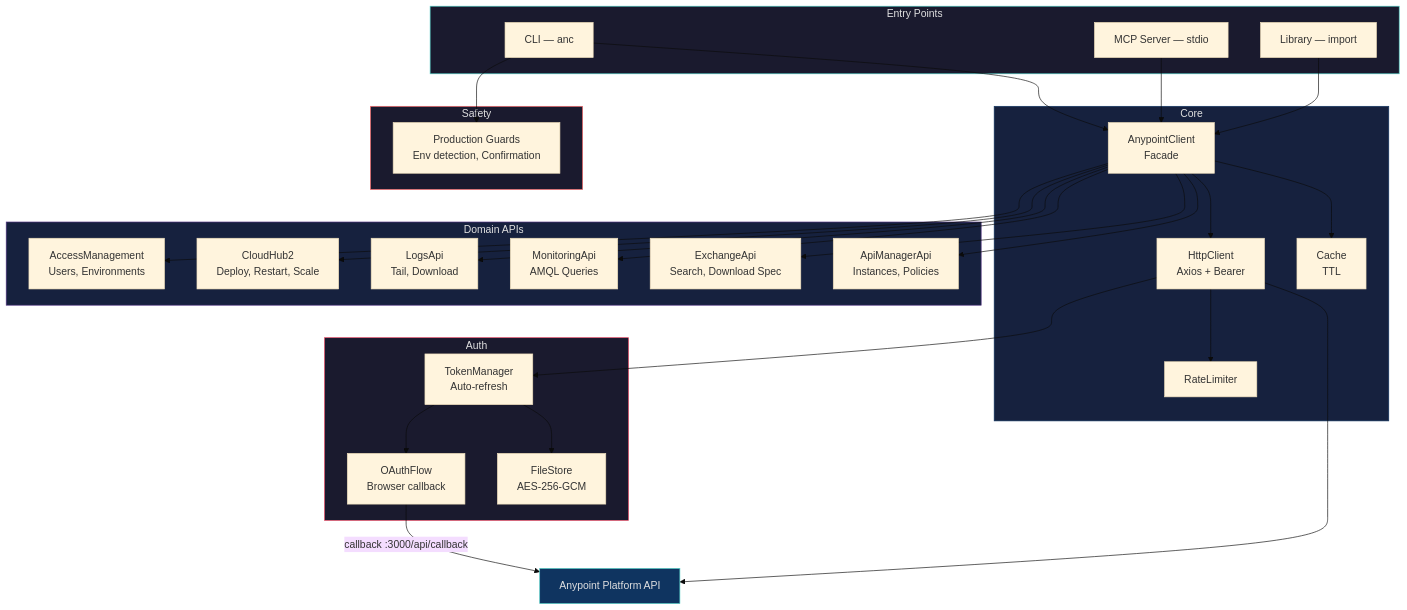
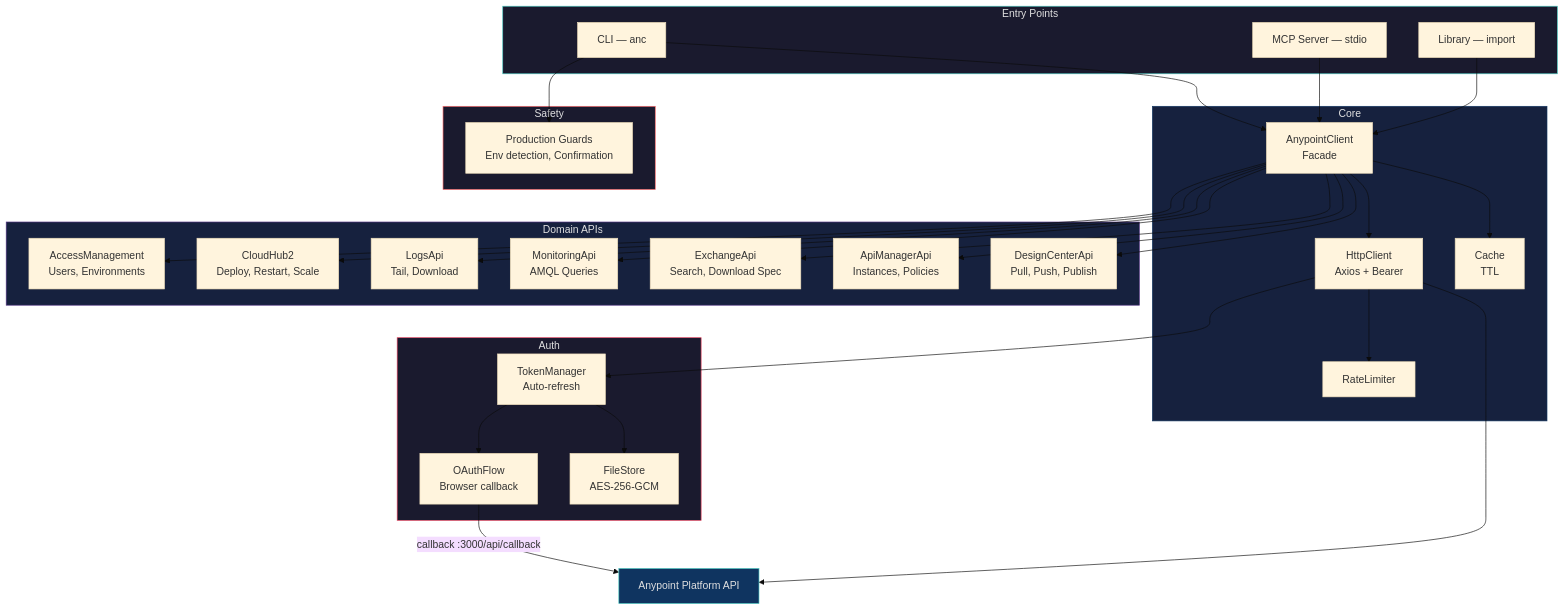
Before and after one commit to Avinava/anypoint-connect: the first of 2 diagrams in README.md, drawn with Mermaid (base theme). The commit also changed other lines of this file, not shown here.

First line of the commit message:
docs: align README with Design Center integration

````diff
--- a/README.md
+++ b/README.md
@@ -14,61 +14,63 @@
 ```mermaid
 graph TB
     subgraph Entry["Entry Points"]
         CLI["CLI — anc"]
         MCP["MCP Server — stdio"]
         LIB["Library — import"]
     end
 
     subgraph Core["Core"]
         AC["AnypointClient<br/>Facade"]
         HTTP["HttpClient<br/>Axios + Bearer"]
         RL["RateLimiter"]
         CACHE["Cache<br/>TTL"]
     end
 
     subgraph Auth["Auth"]
         TM["TokenManager<br/>Auto-refresh"]
         OAUTH["OAuthFlow<br/>Browser callback"]
         FS["FileStore<br/>AES-256-GCM"]
     end
 
     subgraph APIs["Domain APIs"]
         AM["AccessManagement<br/>Users, Environments"]
         CH2["CloudHub2<br/>Deploy, Restart, Scale"]
         LOGS["LogsApi<br/>Tail, Download"]
         MON["MonitoringApi<br/>AMQL Queries"]
         EX["ExchangeApi<br/>Search, Download Spec"]
         APIM["ApiManagerApi<br/>Instances, Policies"]
+        DC["DesignCenterApi<br/>Pull, Push, Publish"]
     end
 
     subgraph Safety["Safety"]
         GUARD["Production Guards<br/>Env detection, Confirmation"]
     end
 
     CLI --> AC
     MCP --> AC
     LIB --> AC
     AC --> HTTP
     AC --> CACHE
     HTTP --> RL
     HTTP --> TM
     TM --> OAUTH
     TM --> FS
     AC --> AM
     AC --> CH2
     AC --> LOGS
     AC --> MON
     AC --> EX
     AC --> APIM
+    AC --> DC
     CLI --> GUARD
 
     OAUTH -->|"callback :3000/api/callback"| AP["Anypoint Platform API"]
     HTTP --> AP
 
     style Entry fill:#1a1a2e,stroke:#4ecdc4,color:#e0e0e0
     style Core fill:#16213e,stroke:#0f3460,color:#e0e0e0
     style Auth fill:#1a1a2e,stroke:#e94560,color:#e0e0e0
     style APIs fill:#16213e,stroke:#533483,color:#e0e0e0
     style Safety fill:#1a1a2e,stroke:#ff6b6b,color:#e0e0e0
     style AP fill:#0f3460,stroke:#4ecdc4,color:#e0e0e0
 ```
````
